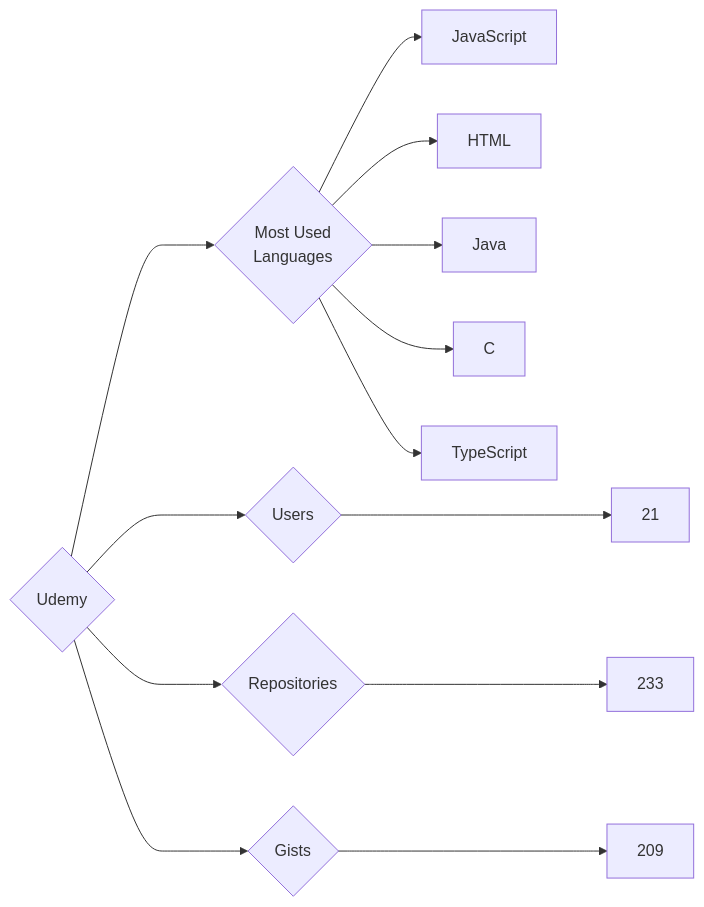
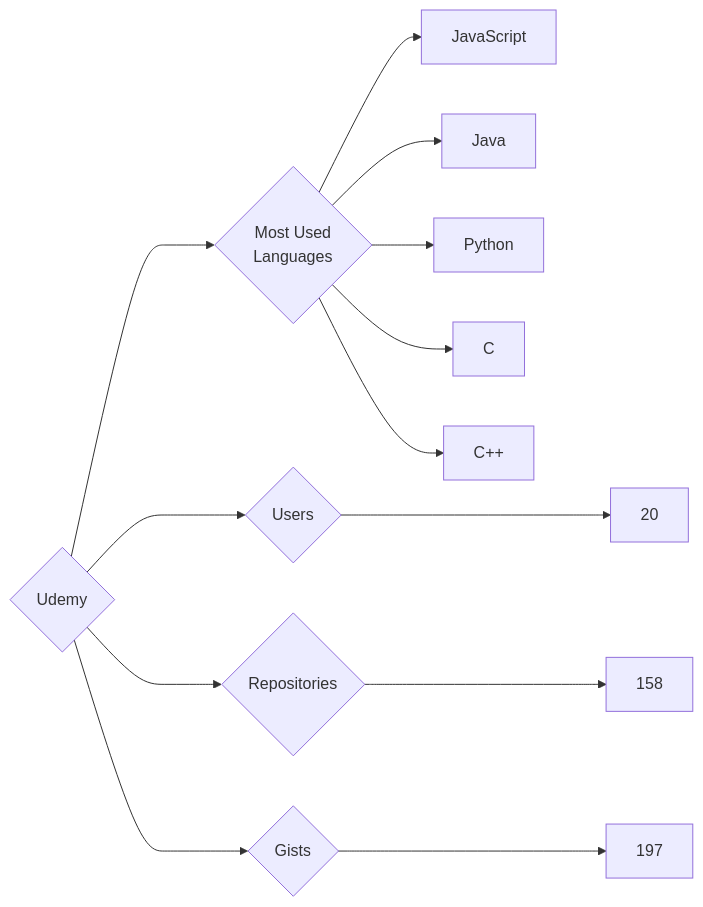
One commit to trickest/insiders changed the diagram in targets/Udemy/README.md. Above: the diagram before and after it, drawn with Mermaid. The commit also changed 1011 other files, not shown here.

````diff
--- a/targets/Udemy/README.md
+++ b/targets/Udemy/README.md
@@ -3,13 +3,13 @@
 ```mermaid
 graph LR
 COMPANY_NAME{Udemy}
-COMPANY_NAME ---> U{Users} ---> UN[21]
-COMPANY_NAME ---> R{Repositories} ---> RN[233]
-COMPANY_NAME ---> G{Gists} ---> GN[209]
+COMPANY_NAME ---> U{Users} ---> UN[20]
+COMPANY_NAME ---> R{Repositories} ---> RN[158]
+COMPANY_NAME ---> G{Gists} ---> GN[197]
 COMPANY_NAME ---> ML{Most Used<br>Languages}
 ML --> JavaScript[JavaScript]
-ML --> HTML[HTML]
 ML --> Java[Java]
+ML --> Python[Python]
 ML --> C[C]
-ML --> TypeScript[TypeScript]
+ML --> C++[C++]
 ```
````
